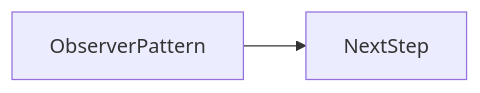
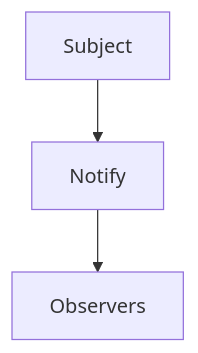
The second of 3 diagrams in docs/en/22-design-patterns/observer-pattern/index.md (OmidJavaherii/Frontend-Engineering-Handbook), drawn with Mermaid before and after one commit. The commit also changed other lines of this file and 461 other files, not shown here.

````diff
--- a/docs/en/22-design-patterns/observer-pattern/index.md
+++ b/docs/en/22-design-patterns/observer-pattern/index.md
@@ -94,4 +121,5 @@
 ```mermaid
-flowchart LR
-  concept[ObserverPattern] --> nextStep[NextStep]
+flowchart TD
+  n0[Subject] --> n1[Notify]
+  n1[Notify] --> n2[Observers]
 ```
````
